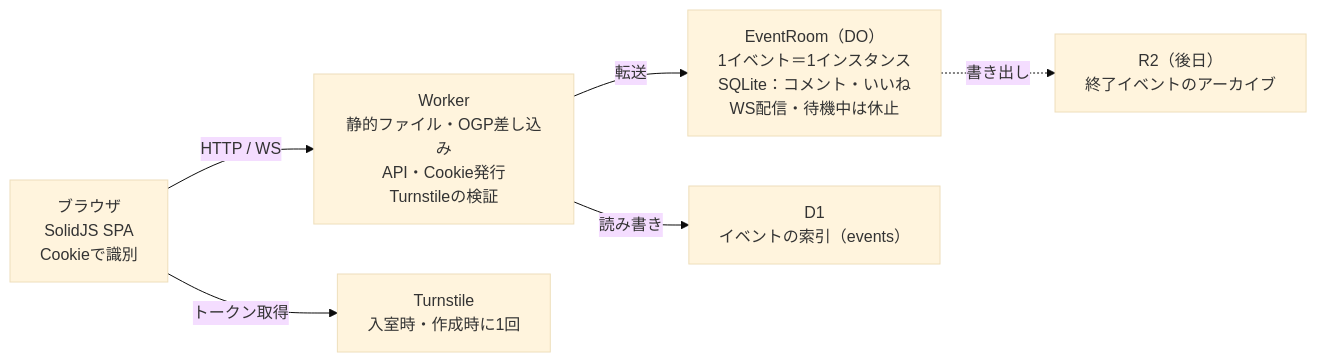
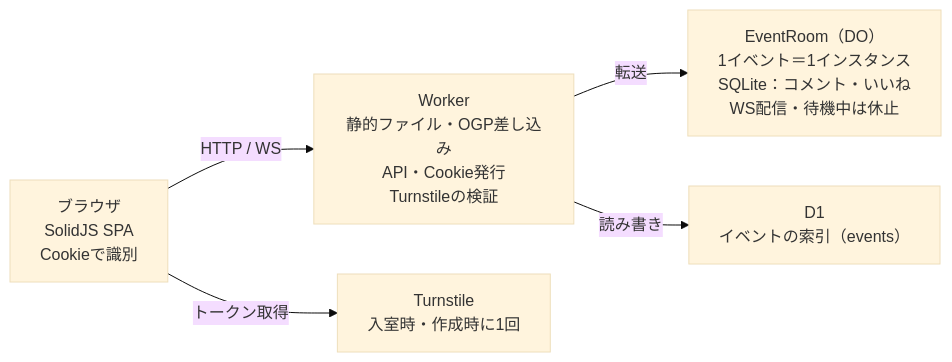
The diagram in docs/architecture.md (mather/leaction3), drawn with Mermaid (base theme) before and after one commit. The commit also changed other lines of this file and 2 other files, not shown here.

````diff
--- a/docs/architecture.md
+++ b/docs/architecture.md
@@ -7,14 +7,12 @@
 ```mermaid
 flowchart LR
   B["ブラウザ<br/>SolidJS SPA<br/>Cookieで識別"]
   W["Worker<br/>静的ファイル・OGP差し込み<br/>API・Cookie発行<br/>Turnstileの検証"]
   R["EventRoom（DO）<br/>1イベント＝1インスタンス<br/>SQLite：コメント・いいね<br/>WS配信・待機中は休止"]
   T["Turnstile<br/>入室時・作成時に1回"]
   D["D1<br/>イベントの索引（events）"]
-  A["R2（後日）<br/>終了イベントのアーカイブ"]
   B -- "HTTP / WS" --> W
   W -- "転送" --> R
   B -- "トークン取得" --> T
   W -- "読み書き" --> D
-  R -. "書き出し" .-> A
 ```
````
